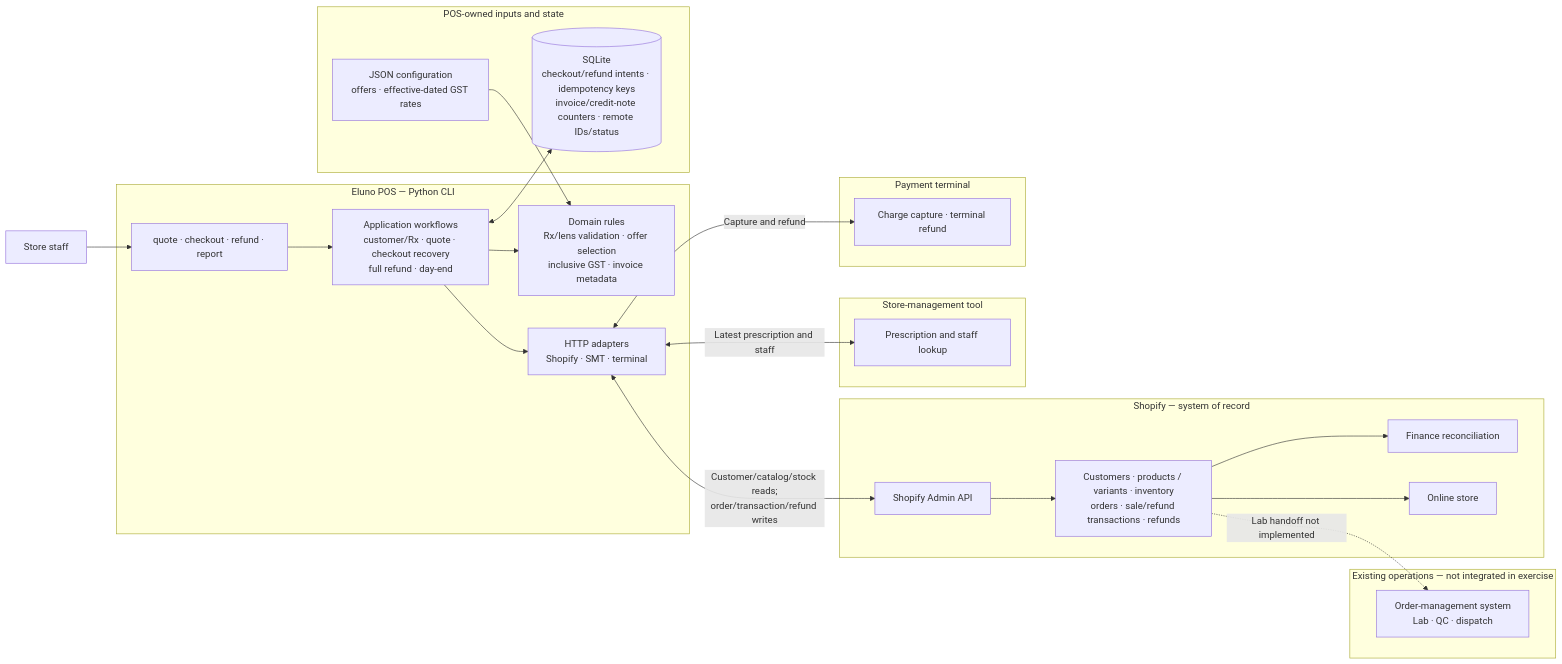
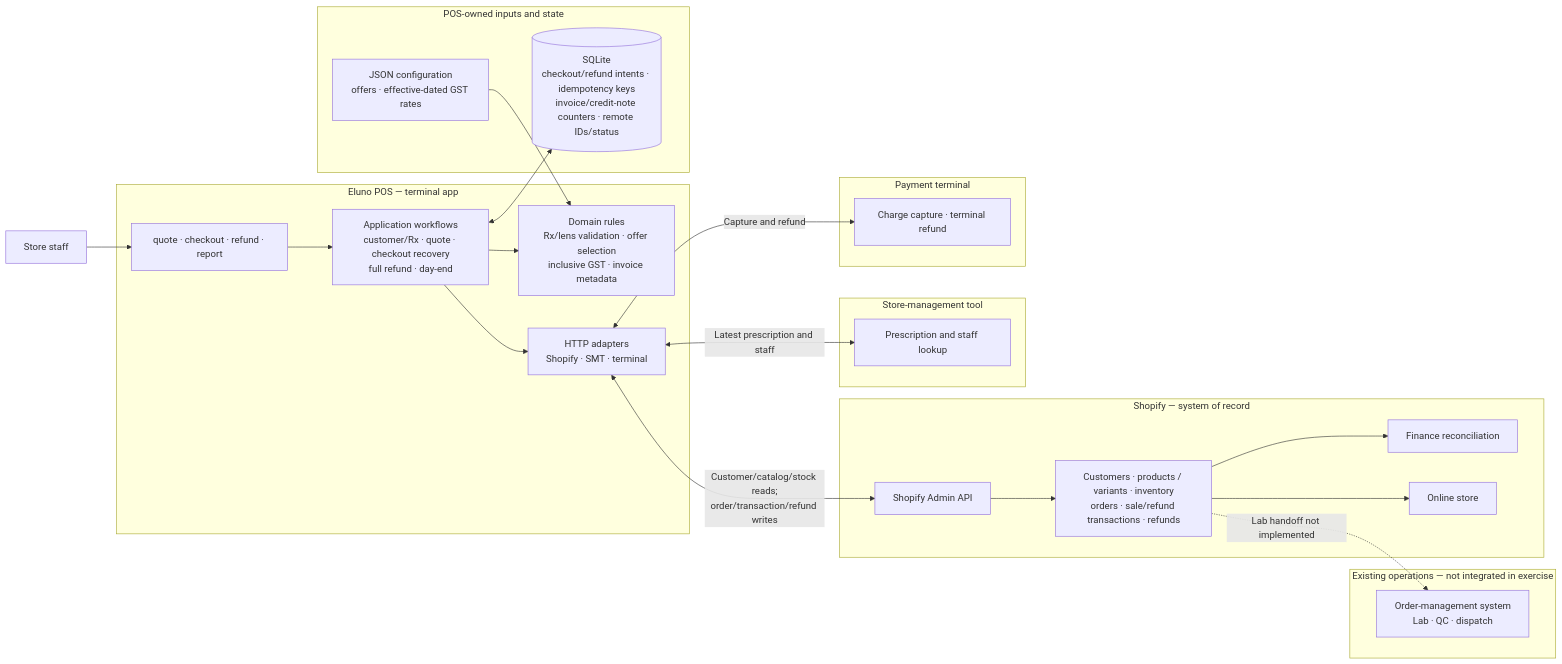
One commit to sarv-projects/eluno_submission changed the second of 3 diagrams in ARCHITECTURE.md. Above: the diagram before and after it, drawn with Mermaid. The commit also changed other lines of this file and 3 other files, not shown here.

````diff
--- a/ARCHITECTURE.md
+++ b/ARCHITECTURE.md
@@ -42,42 +40,42 @@
 ```mermaid
 flowchart LR
     Staff[Store staff]
-    subgraph POS[Eluno POS — Python CLI]
-        CLI[quote · checkout · refund · report]
+    subgraph POS[Eluno POS — terminal app]
+        Commands[quote · checkout · refund · report]
         Workflow[Application workflows<br/>customer/Rx · quote · checkout recovery<br/>full refund · day-end]
         Domain[Domain rules<br/>Rx/lens validation · offer selection<br/>inclusive GST · invoice metadata]
         Adapters[HTTP adapters<br/>Shopify · SMT · terminal]
-        CLI --> Workflow
+        Commands --> Workflow
         Workflow --> Domain
         Workflow --> Adapters
     end
     subgraph POSOwned[POS-owned inputs and state]
         Config[JSON configuration<br/>offers · effective-dated GST rates]
         DB[(SQLite<br/>checkout/refund intents · idempotency keys<br/>invoice/credit-note counters · remote IDs/status)]
     end
     subgraph ShopifySystem[Shopify — system of record]
         Admin[Shopify Admin API]
         Records[Customers · products / variants · inventory<br/>orders · sale/refund transactions · refunds]
         Finance[Finance reconciliation]
         Web[Online store]
         Admin --> Records
         Records --> Finance
         Records --> Web
     end
     subgraph StoreSystem[Store-management tool]
         SMT[Prescription and staff lookup]
     end
     subgraph TerminalSystem[Payment terminal]
         Terminal[Charge capture · terminal refund]
     end
     subgraph Fulfilment[Existing operations — not integrated in exercise]
         OMS[Order-management system<br/>Lab · QC · dispatch]
     end
-    Staff --> CLI
+    Staff --> Commands
     Config --> Domain
     Workflow <--> DB
     Adapters <-->|Customer/catalog/stock reads;<br/>order/transaction/refund writes| Admin
     Adapters <-->|Latest prescription and staff| SMT
     Adapters <-->|Capture and refund| Terminal
     Records -. "Lab handoff not implemented" .-> OMS
 ```
````
